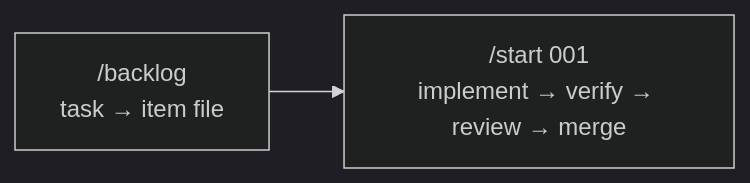
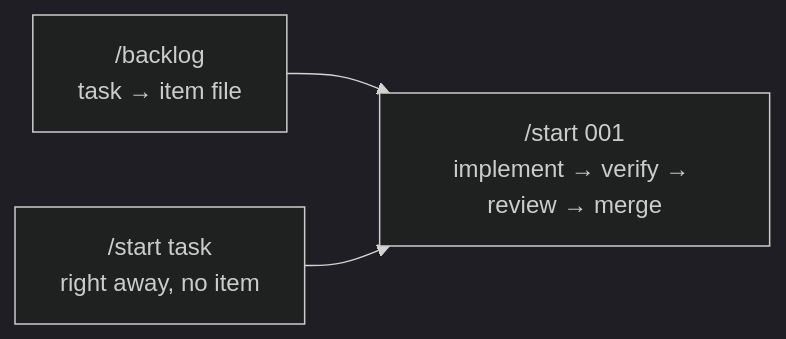
Before and after one commit to JiHoon777/j-dev-kit: the first of 2 diagrams in README.en.md, drawn with Mermaid (dark theme). The commit also changed other lines of this file and 334 other files, not shown here.

````diff
--- a/README.en.md
+++ b/README.en.md
@@ -9,4 +9,5 @@
 ```mermaid
 flowchart LR
   C["/backlog<br/>task → item file"] --> S["/start 001<br/>implement → verify → review → merge"]
+  D["/start task<br/>right away, no item"] --> S
 ```
````
